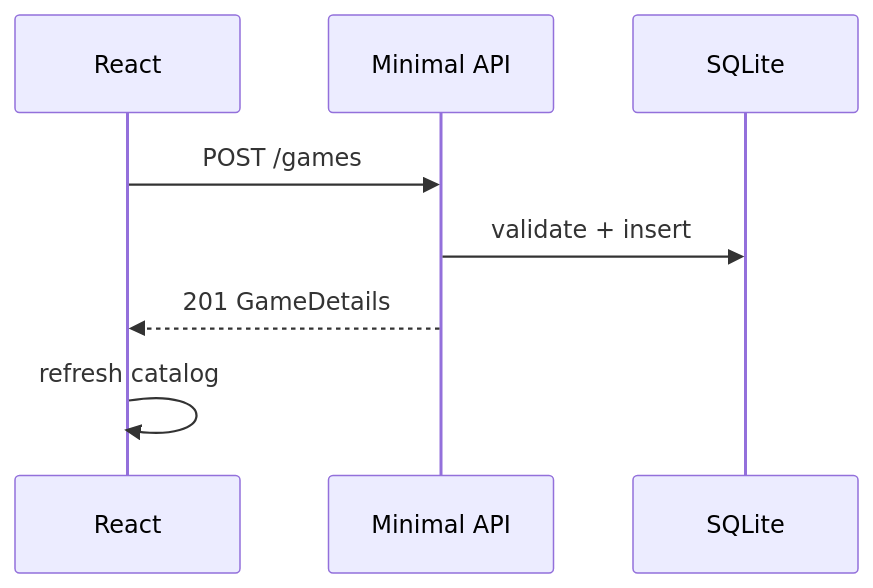
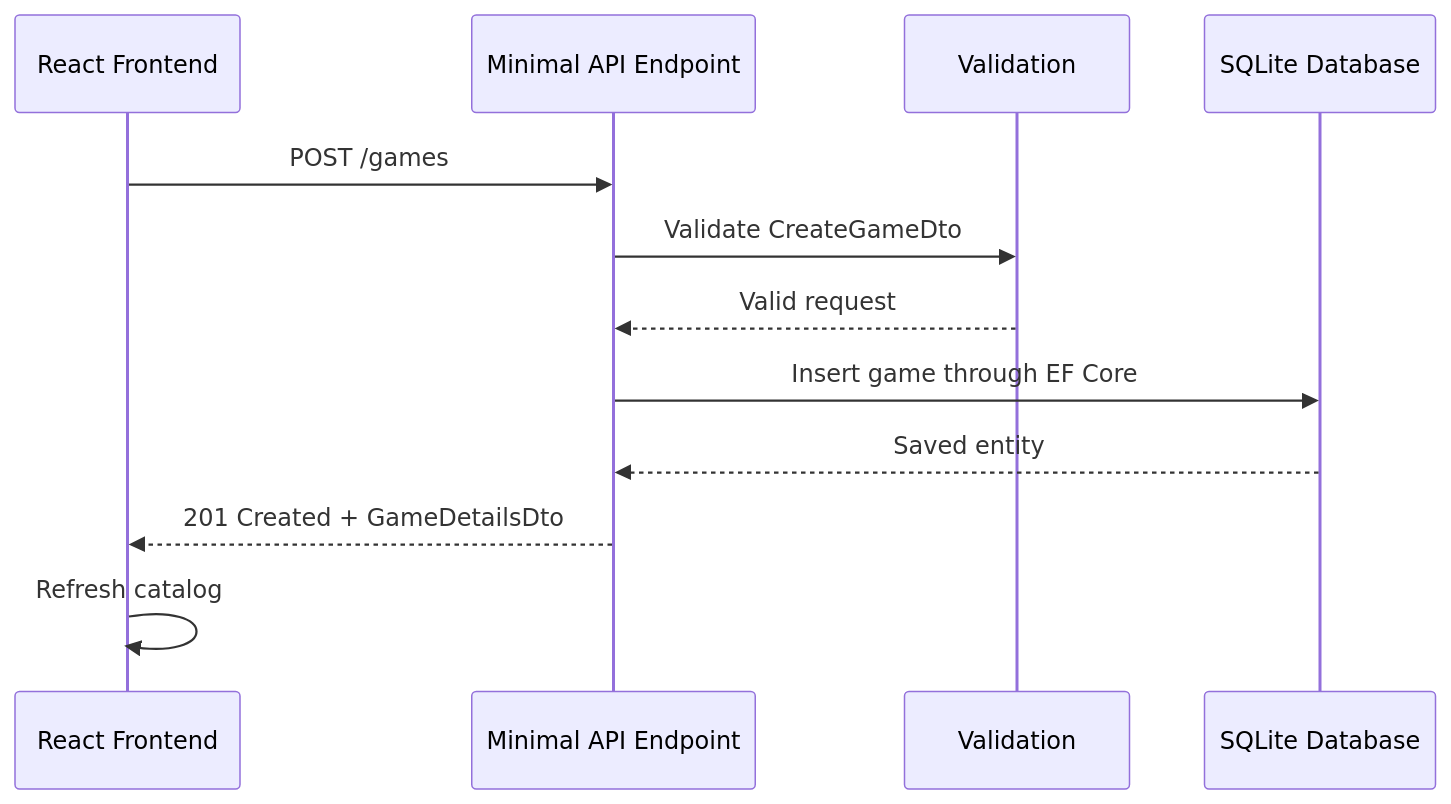
The second of 4 diagrams in README.md (yohaidajurno/GameStore), drawn with Mermaid before and after one commit. The commit also changed other lines of this file, not shown here.

````diff
--- a/README.md
+++ b/README.md
@@ -15,11 +66,15 @@
-```mermaid
+~~~mermaid
 sequenceDiagram
-    participant UI as React
-    participant API as Minimal API
-    participant DB as SQLite
+    participant UI as React Frontend
+    participant API as Minimal API Endpoint
+    participant VAL as Validation
+    participant DB as SQLite Database
 
     UI->>API: POST /games
-    API->>DB: validate + insert
-    API-->>UI: 201 GameDetails
-    UI->>UI: refresh catalog
-```
+    API->>VAL: Validate CreateGameDto
+    VAL-->>API: Valid request
+    API->>DB: Insert game through EF Core
+    DB-->>API: Saved entity
+    API-->>UI: 201 Created + GameDetailsDto
+    UI->>UI: Refresh catalog
+~~~
````
